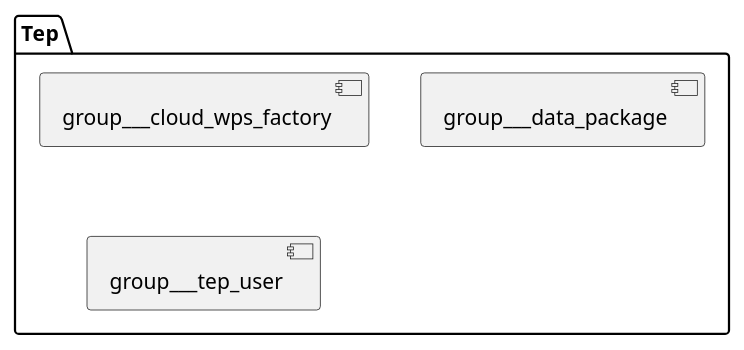
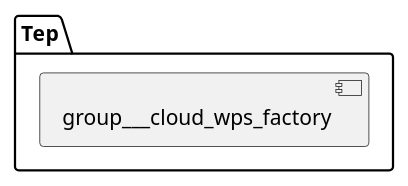
The diagram in source/groups/group___tep.iuml (urban-tep/DDF-SDD), drawn with PlantUML before and after one commit. The commit also changed 13 other files, not shown here.

```diff
--- a/source/groups/group___tep.iuml
+++ b/source/groups/group___tep.iuml
@@ -1,7 +1,5 @@
 @startuml
 folder "Tep" [[../computational/components/group___tep.html]] {
 [group___cloud_wps_factory]
-[group___data_package]
-[group___tep_user]
 }
 @enduml
```
